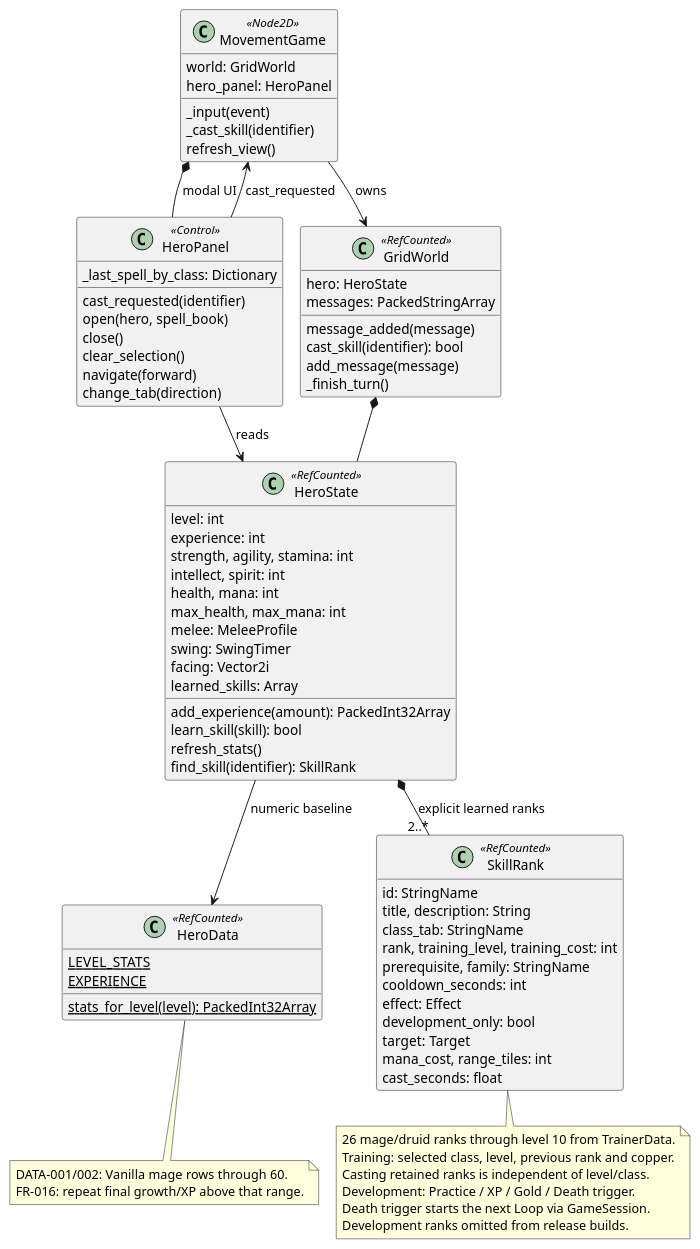
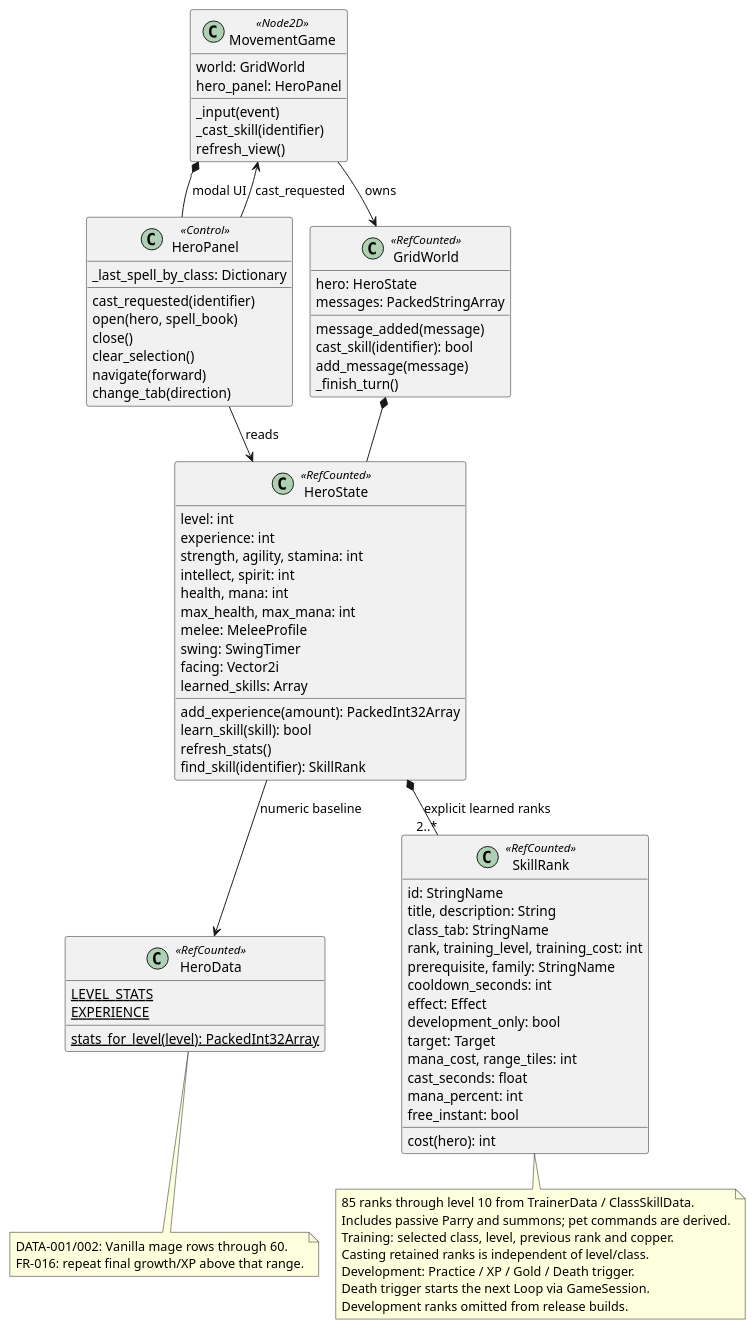
Before and after one commit to VHonzik/Ostinato: the diagram in docs/architecture/classes/hero.puml, drawn with PlantUML. The commit also changed 39 other files, not shown here.

```diff
--- a/docs/architecture/classes/hero.puml
+++ b/docs/architecture/classes/hero.puml
@@ -1,85 +1,89 @@
 @startuml
 !pragma layout smetana
 skinparam shadowing false
 skinparam classAttributeIconSize 0
 hide empty members
 
 class MovementGame <<Node2D>> {
   world: GridWorld
   hero_panel: HeroPanel
   _input(event)
   _cast_skill(identifier)
   refresh_view()
 }
 class HeroPanel <<Control>> {
   cast_requested(identifier)
   _last_spell_by_class: Dictionary
   open(hero, spell_book)
   close()
   clear_selection()
   navigate(forward)
   change_tab(direction)
 }
 class GridWorld <<RefCounted>> {
   hero: HeroState
   messages: PackedStringArray
   message_added(message)
   cast_skill(identifier): bool
   add_message(message)
   _finish_turn()
 }
 class HeroState <<RefCounted>> {
   level: int
   experience: int
   strength, agility, stamina: int
   intellect, spirit: int
   health, mana: int
   max_health, max_mana: int
   melee: MeleeProfile
   swing: SwingTimer
   facing: Vector2i
   learned_skills: Array
   add_experience(amount): PackedInt32Array
   learn_skill(skill): bool
   refresh_stats()
   find_skill(identifier): SkillRank
 }
 class HeroData <<RefCounted>> {
   {static} LEVEL_STATS
   {static} EXPERIENCE
   {static} stats_for_level(level): PackedInt32Array
 }
 class SkillRank <<RefCounted>> {
   id: StringName
   title, description: String
   class_tab: StringName
   rank, training_level, training_cost: int
   prerequisite, family: StringName
   cooldown_seconds: int
   effect: Effect
   development_only: bool
   target: Target
   mana_cost, range_tiles: int
   cast_seconds: float
+  mana_percent: int
+  free_instant: bool
+  cost(hero): int
 }
 MovementGame --> GridWorld : owns
 MovementGame *-- HeroPanel : modal UI
 HeroPanel --> HeroState : reads
 HeroPanel --> MovementGame : cast_requested
 GridWorld *-- HeroState
 HeroState --> HeroData : numeric baseline
 HeroState *-- "2..*" SkillRank : explicit learned ranks
 
 note bottom of HeroData
 DATA-001/002: Vanilla mage rows through 60.
 FR-016: repeat final growth/XP above that range.
 end note
 note bottom of SkillRank
-26 mage/druid ranks through level 10 from TrainerData.
+85 ranks through level 10 from TrainerData / ClassSkillData.
+Includes passive Parry and summons; pet commands are derived.
 Training: selected class, level, previous rank and copper.
 Casting retained ranks is independent of level/class.
 Development: Practice / XP / Gold / Death trigger.
 Death trigger starts the next Loop via GameSession.
 Development ranks omitted from release builds.
 end note
 @enduml
```
